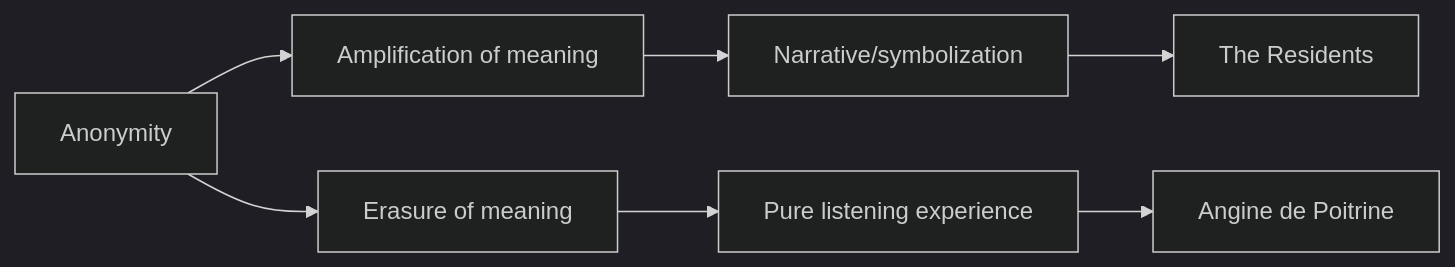
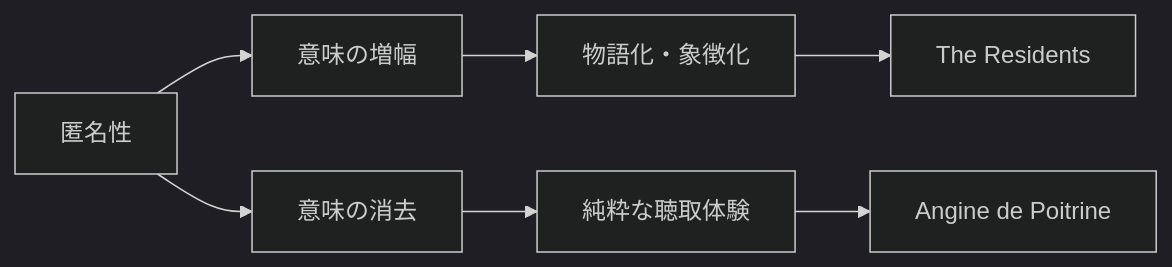
One commit to monumental-movement/monumental-movement.github.io changed the eighth of 17 diagrams in en/_posts/2026-07-06-column-angine-de-poitrine-the-residents.md. Above: the diagram before and after it, drawn with Mermaid (dark theme). The commit also changed other lines of this file and 2196 other files, not shown here.

```diff
--- a/en/_posts/2026-07-06-column-angine-de-poitrine-the-residents.md
+++ b/en/_posts/2026-07-06-column-angine-de-poitrine-the-residents.md
@@ -905,14 +904,14 @@
 <div class="mermaid">
 flowchart LR
 
-A["Anonymity"]
-B["Amplification of meaning"]
-C["Narrative/symbolization"]
+A["匿名性"]
+B["意味の増幅"]
+C["物語化・象徴化"]
 D["The Residents"]
-E["Erasure of meaning"]
-F["Pure listening experience"]
+E["意味の消去"]
+F["純粋な聴取体験"]
 G["Angine de Poitrine"]
 
 A --> B --> C --> D
 A --> E --> F --> G
 </div>
```
